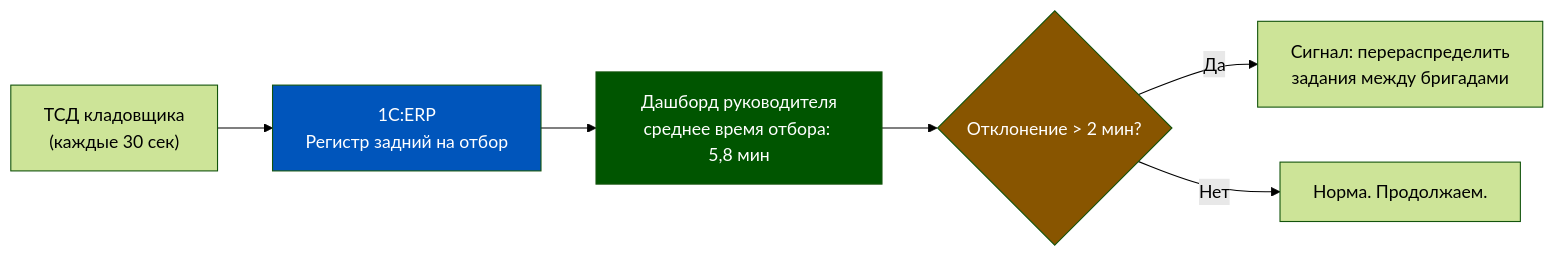
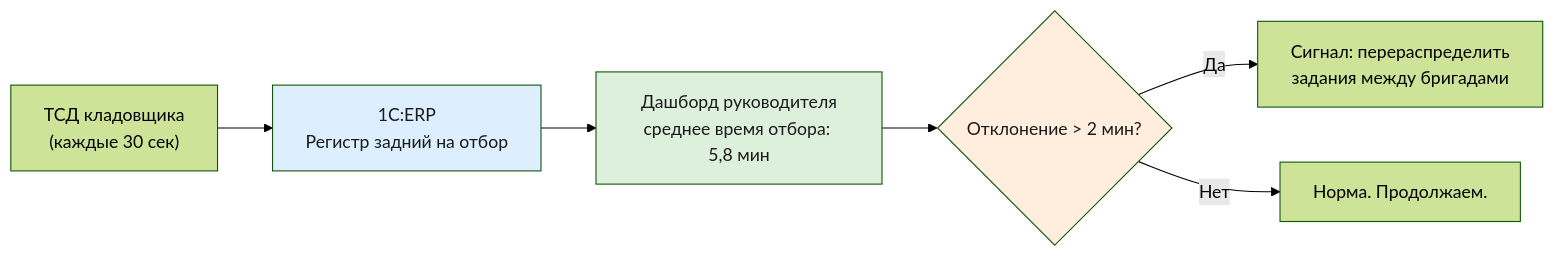
One commit to murad1986/1c-erp-quartz changed the eighth of 8 diagrams in content/1c-erp/week_4/Неделя 4 - День 7 - История Ozon Express.md. Above: the diagram before and after it, drawn with Mermaid (forest theme). The commit also changed other lines of this file and 57 other files, not shown here.

First line of the commit message:
fix: Mermaid — пастельные цвета в источниках диаграмм (56 файлов)

````diff
--- a/content/1c-erp/week_4/Неделя 4 - День 7 - История Ozon Express.md
+++ b/content/1c-erp/week_4/Неделя 4 - День 7 - История Ozon Express.md
@@ -788,16 +788,16 @@
 ```mermaid
 flowchart LR
     TSD["ТСД кладовщика
 (каждые 30 сек)"] --> ERP["1C:ERP
 Регистр задний на отбор"]
     ERP --> DASH["Дашборд руководителя
 среднее время отбора: 5,8 мин"]
     DASH --> ALERT{"Отклонение > 2 мин?"}
     ALERT -->|"Да"| ACTION["Сигнал: перераспределить
 задания между бригадами"]
     ALERT -->|"Нет"| OK["Норма. Продолжаем."]
 
-    style ERP fill:#0055BB,color:#fff
-    style DASH fill:#005500,color:#fff
-    style ALERT fill:#885500,color:#fff
+    style ERP fill:#dceeff,color:#1a1a1a
+    style DASH fill:#dcf0dc,color:#1a1a1a
+    style ALERT fill:#ffeedd,color:#1a1a1a
 ```
````
